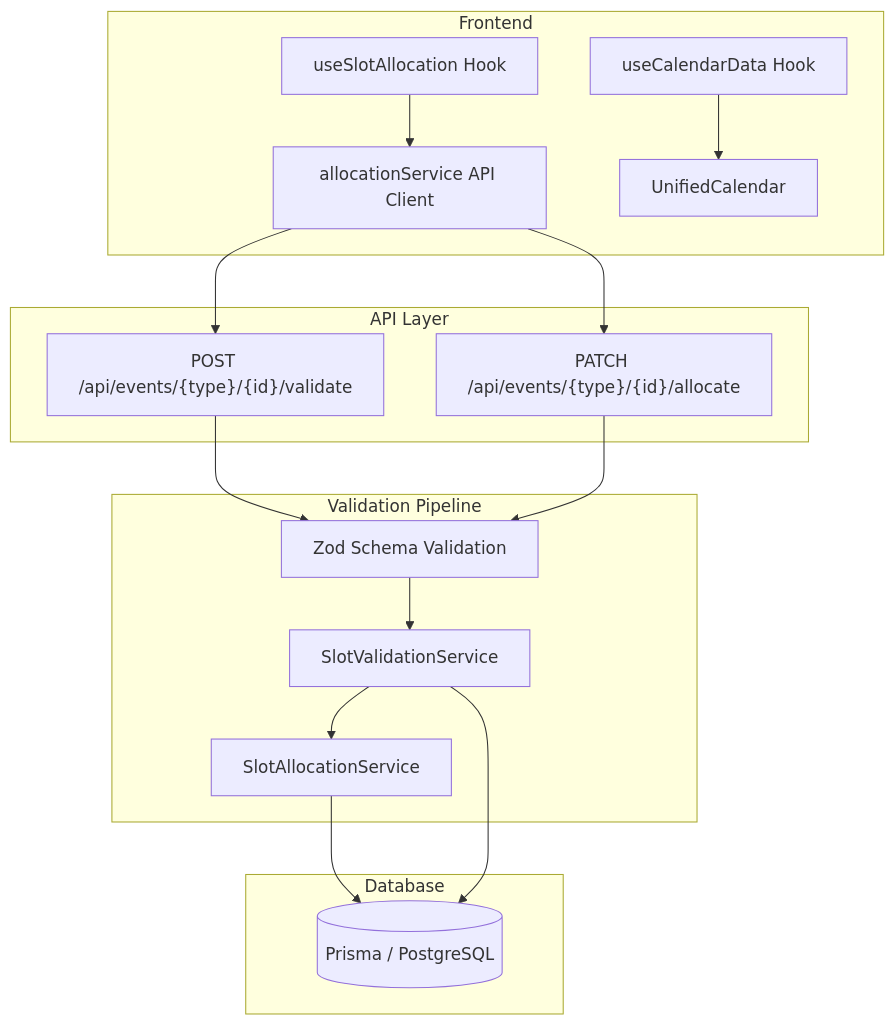
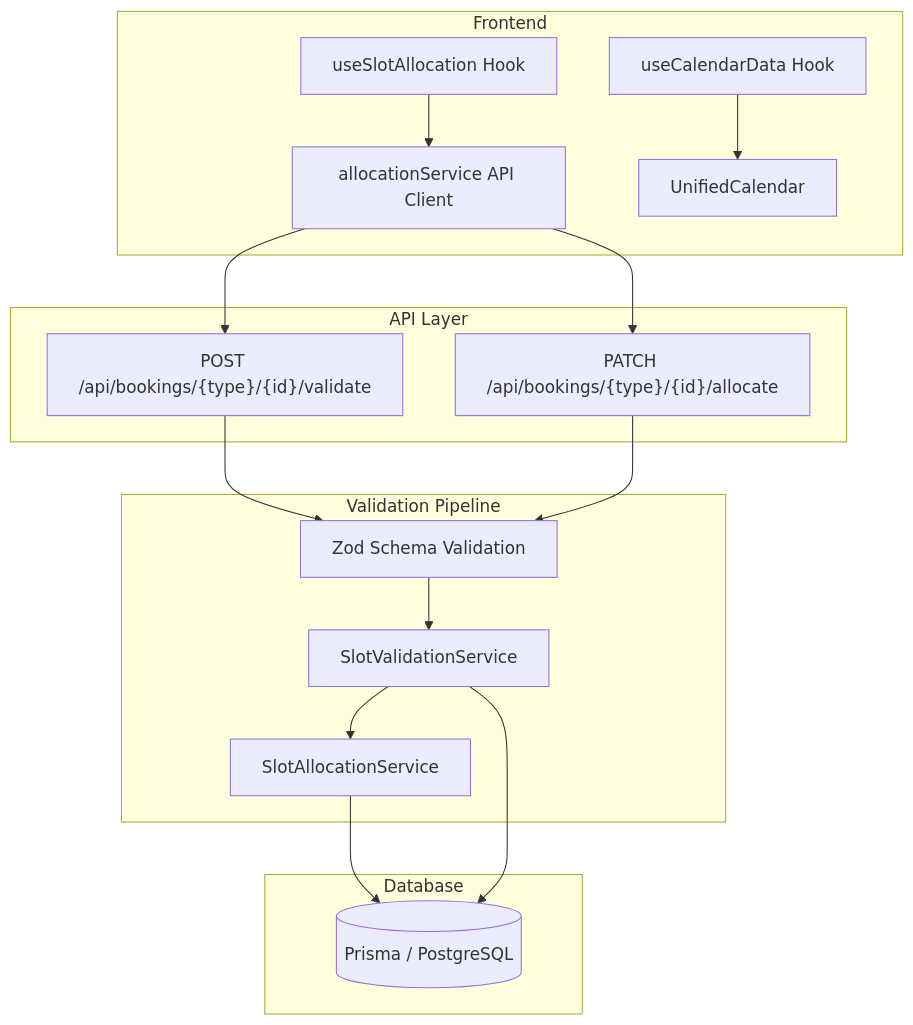
The diagram in docs/booking/README.md (Practitionist/familiarise_web), drawn with Mermaid before and after one commit. The commit also changed other lines of this file and 56 other files, not shown here.

````diff
--- a/docs/booking/README.md
+++ b/docs/booking/README.md
@@ -5,24 +5,24 @@
 ```mermaid
 graph TD
     subgraph Frontend
         A[useSlotAllocation Hook] --> B[allocationService API Client]
         C[useCalendarData Hook] --> D[UnifiedCalendar]
     end
 
     subgraph "API Layer"
-        B --> E["POST /api/events/{type}/{id}/validate"]
-        B --> F["PATCH /api/events/{type}/{id}/allocate"]
+        B --> E["POST /api/bookings/{type}/{id}/validate"]
+        B --> F["PATCH /api/bookings/{type}/{id}/allocate"]
     end
 
     subgraph "Validation Pipeline"
         E --> G[Zod Schema Validation]
         F --> G
         G --> H[SlotValidationService]
         H --> I[SlotAllocationService]
     end
 
     subgraph "Database"
         I --> J[(Prisma / PostgreSQL)]
         H --> J
     end
 ```
````
